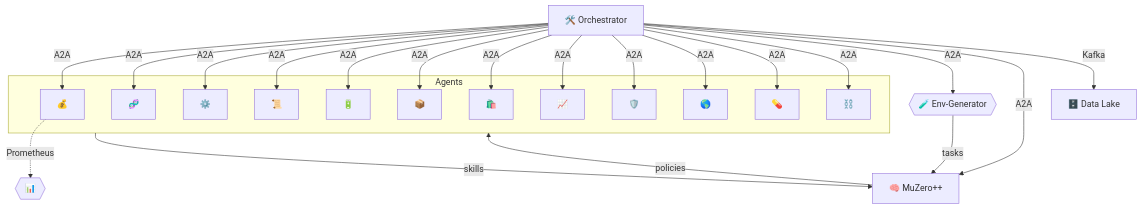
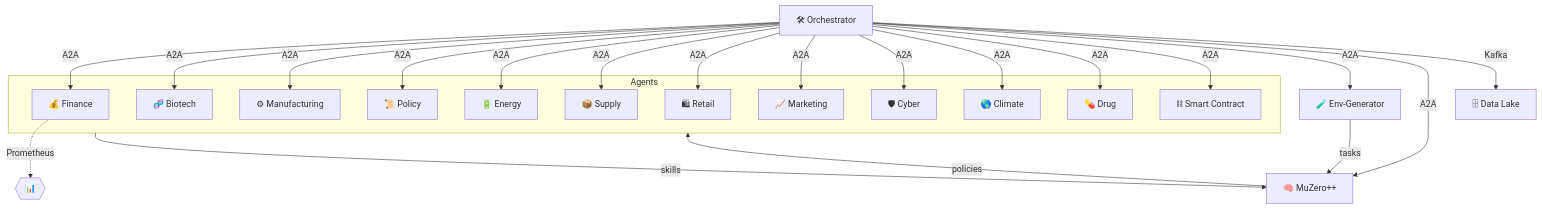
Before and after one commit to vishalbelsare/AGI-Alpha-Agent-v0: the first of 3 diagrams in alpha_factory_v1/backend/agents/README.md, drawn with Mermaid. The commit also changed other lines of this file, not shown here.

````diff
--- a/alpha_factory_v1/backend/agents/README.md
+++ b/alpha_factory_v1/backend/agents/README.md
@@ -55,44 +56,44 @@
 ```mermaid
 flowchart TD
-    ORC["🛠️ Orchestrator"]
-    GEN{{"🧪 Env‑Generator"}}
-    LRN["🧠 MuZero++"]
+    ORC["🛠 Orchestrator"]
+    GEN["🧪 Env-Generator"]
+    LRN["🧠 MuZero++"]
 
     subgraph Agents
-        FIN["💰"]
-        BIO["🧬"]
-        MFG["⚙️"]
-        POL["📜"]
-        ENE["🔋"]
-        SUP["📦"]
-        RET["🛍️"]
-        MKT["📈"]
-        CYB["🛡️"]
-        CLM["🌎"]
-        DRG["💊"]
-        SMT["⛓️"]
+        FIN["💰 Finance"]
+        BIO["🧬 Biotech"]
+        MFG["⚙ Manufacturing"]
+        POL["📜 Policy"]
+        ENE["🔋 Energy"]
+        SUP["📦 Supply"]
+        RET["🛍 Retail"]
+        MKT["📈 Marketing"]
+        CYB["🛡 Cyber"]
+        CLM["🌎 Climate"]
+        DRG["💊 Drug"]
+        SMT["⛓ Smart Contract"]
     end
 
     %% message flows
     GEN -- tasks --> LRN
     LRN -- policies --> Agents
     Agents -- skills --> LRN
 
     ORC -- A2A --> FIN
     ORC -- A2A --> BIO
     ORC -- A2A --> MFG
     ORC -- A2A --> POL
     ORC -- A2A --> ENE
     ORC -- A2A --> SUP
     ORC -- A2A --> RET
     ORC -- A2A --> MKT
     ORC -- A2A --> CYB
     ORC -- A2A --> CLM
     ORC -- A2A --> DRG
     ORC -- A2A --> SMT
     ORC -- A2A --> GEN
     ORC -- A2A --> LRN
 
-    ORC -- Kafka --> DATALAKE["🗄️ Data Lake"]
+    ORC -- Kafka --> DATALAKE["🗄 Data Lake"]
     FIN -.->|Prometheus| GRAFANA{{"📊"}}
 ```
````
